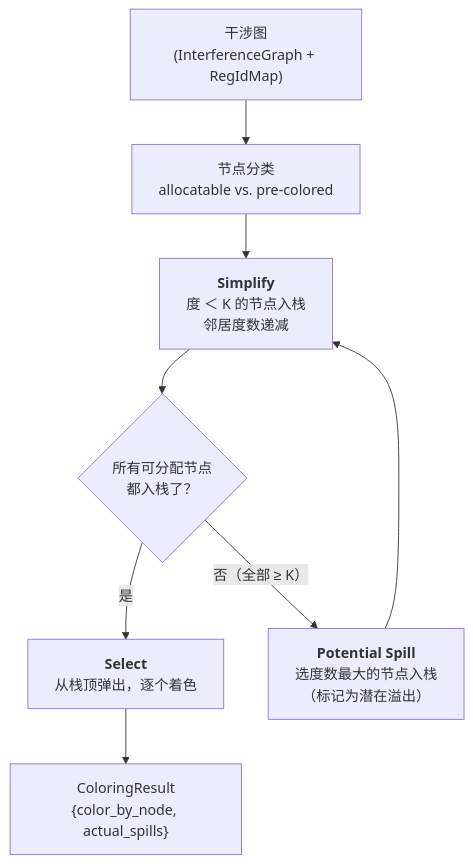
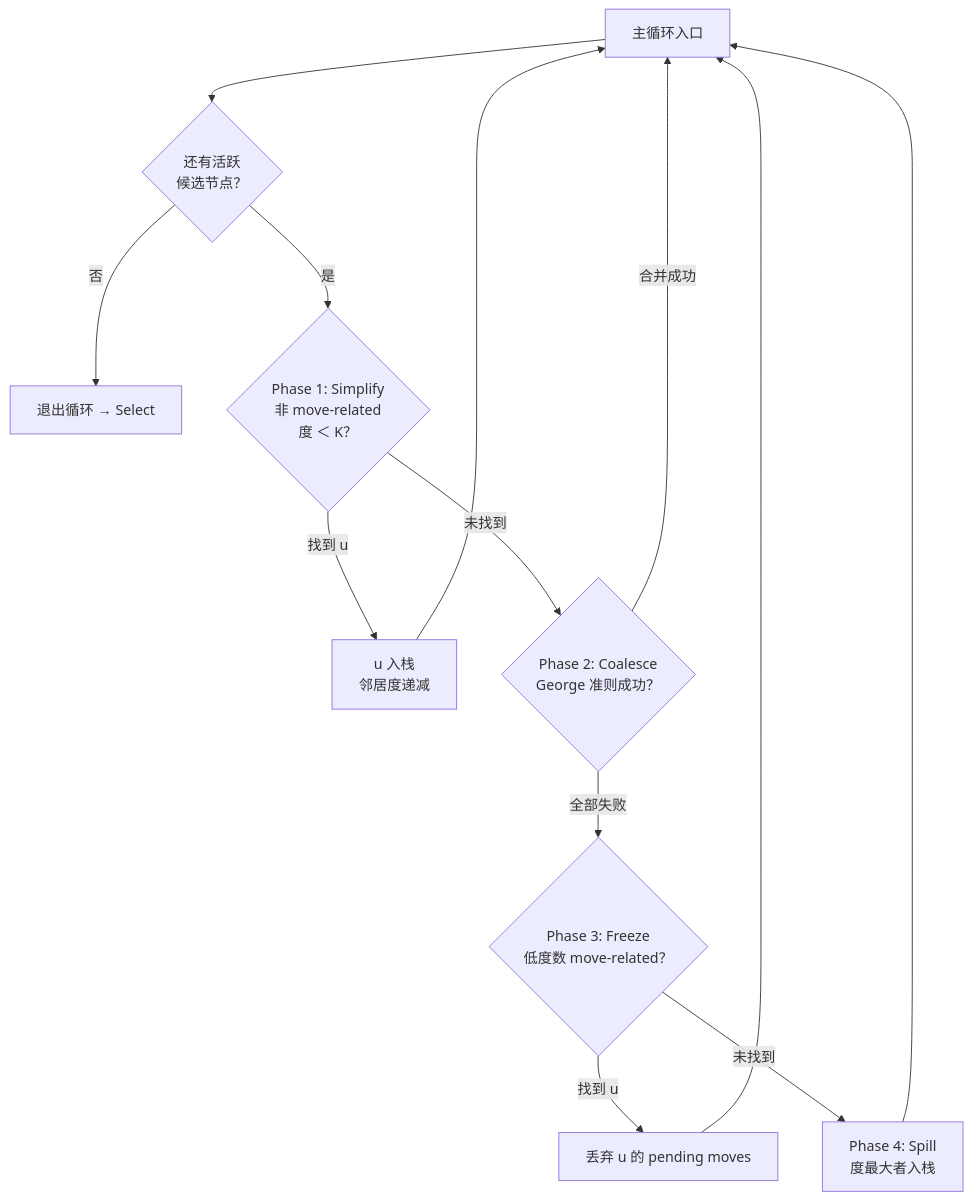
Before and after one commit to handofsilver/BUAA_SysY_Compiler_2024: the fifth of 7 diagrams in docs/design_documents/register_allocation.md, drawn with Mermaid. The commit also changed other lines of this file, not shown here.

````diff
--- a/docs/design_documents/register_allocation.md
+++ b/docs/design_documents/register_allocation.md
@@ -520,11 +564,16 @@
 ```mermaid
 flowchart TD
-    IG["干涉图<br/>(InterferenceGraph + RegIdMap)"]
-    IG --> CLS["节点分类<br/>allocatable vs. pre-colored"]
-    CLS --> SIMP["<b>Simplify</b><br/>度 ＜ K 的节点入栈<br/>邻居度数递减"]
-    SIMP --> STUCK{"所有可分配节点<br/>都入栈了？"}
-    STUCK -- "是" --> SEL["<b>Select</b><br/>从栈顶弹出，逐个着色"]
-    STUCK -- "否（全部 ≥ K）" --> SPILL["<b>Potential Spill</b><br/>选度数最大的节点入栈<br/>（标记为潜在溢出）"]
-    SPILL --> SIMP
-    SEL --> DONE["ColoringResult<br/>{color_by_node, actual_spills}"]
+    ENTER["主循环入口"]
+    ENTER --> CHECK{"还有活跃<br/>候选节点？"}
+    CHECK -- "否" --> EXIT["退出循环 → Select"]
+    CHECK -- "是" --> P1{"Phase 1: Simplify<br/>非 move-related<br/>度 ＜ K？"}
+    P1 -- "找到 u" --> PUSH["u 入栈<br/>邻居度递减"]
+    PUSH --> ENTER
+    P1 -- "未找到" --> P2{"Phase 2: Coalesce<br/>George 准则成功？"}
+    P2 -- "合并成功" --> ENTER
+    P2 -- "全部失败" --> P3{"Phase 3: Freeze<br/>低度数 move-related？"}
+    P3 -- "找到 u" --> FMOVE["丢弃 u 的 pending moves"]
+    FMOVE --> ENTER
+    P3 -- "未找到" --> P4["Phase 4: Spill<br/>度最大者入栈"]
+    P4 --> ENTER
 ```
````
